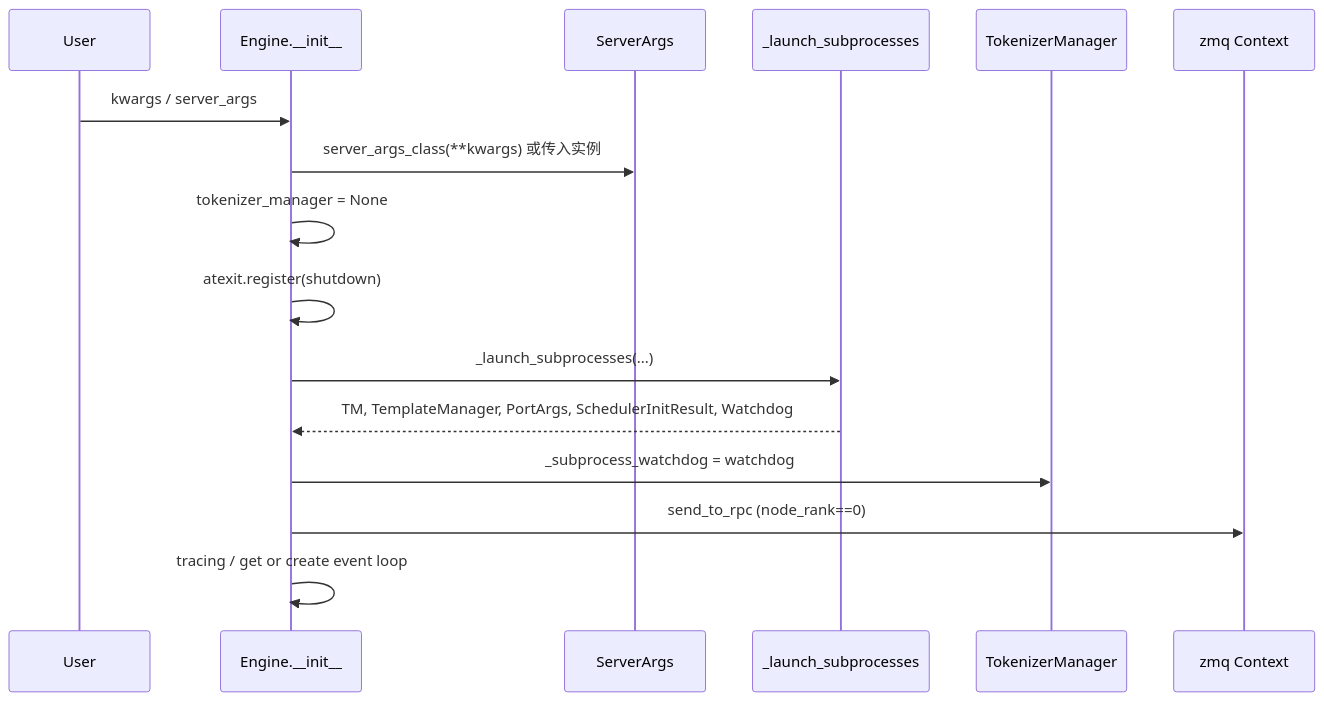
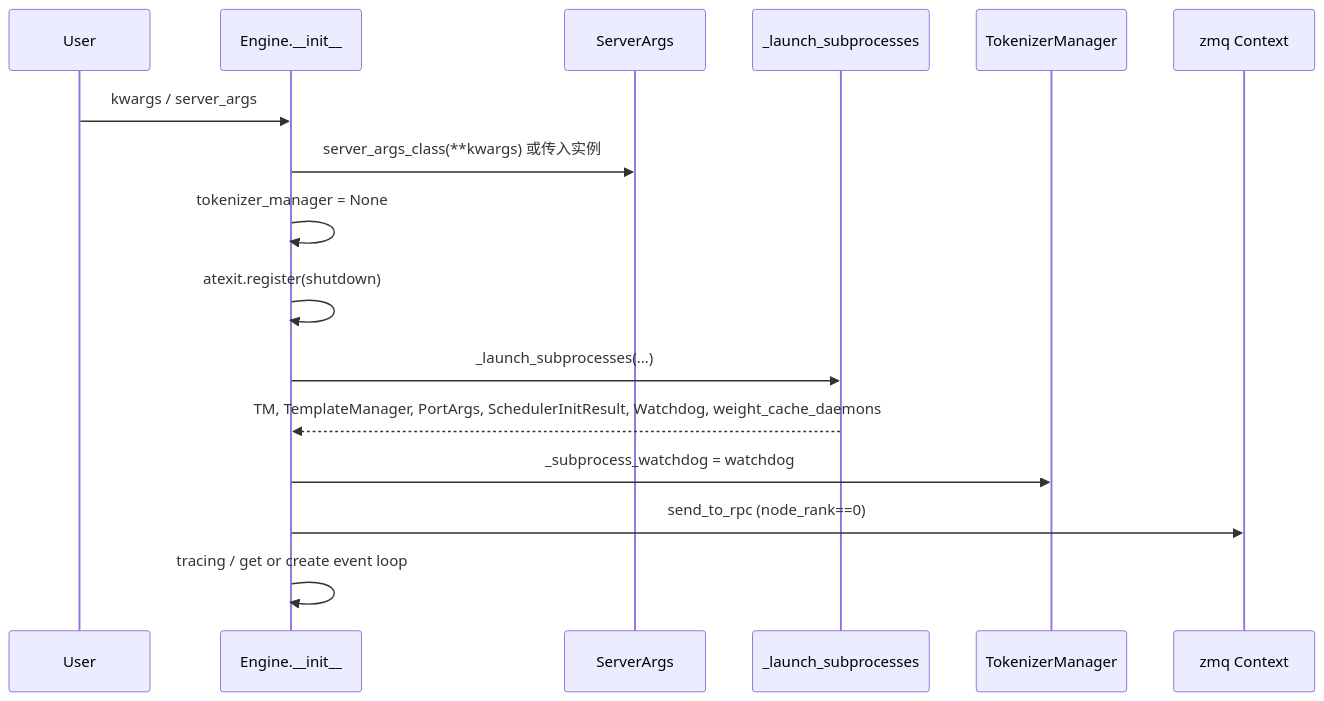
Before and after one commit to learning-sketch/wiki: the second of 2 diagrams in sglang/entities/Engine.md, drawn with Mermaid. The commit also changed other lines of this file and 5 other files, not shown here.

````diff
--- a/sglang/entities/Engine.md
+++ b/sglang/entities/Engine.md
@@ -98,18 +97,18 @@
 ```mermaid
 sequenceDiagram
     participant User
     participant Engine as Engine.__init__
     participant SA as ServerArgs
     participant Launch as _launch_subprocesses
     participant TM as TokenizerManager
     participant ZMQ as zmq Context
     User->>Engine: kwargs / server_args
     Engine->>SA: server_args_class(**kwargs) 或传入实例
     Engine->>Engine: tokenizer_manager = None
     Engine->>Engine: atexit.register(shutdown)
     Engine->>Launch: _launch_subprocesses(...)
-    Launch-->>Engine: TM, TemplateManager, PortArgs, SchedulerInitResult, Watchdog
+    Launch-->>Engine: TM, TemplateManager, PortArgs, SchedulerInitResult, Watchdog, weight_cache_daemons
     Engine->>TM: _subprocess_watchdog = watchdog
     Engine->>ZMQ: send_to_rpc (node_rank==0)
     Engine->>Engine: tracing / get or create event loop
 ```
````
